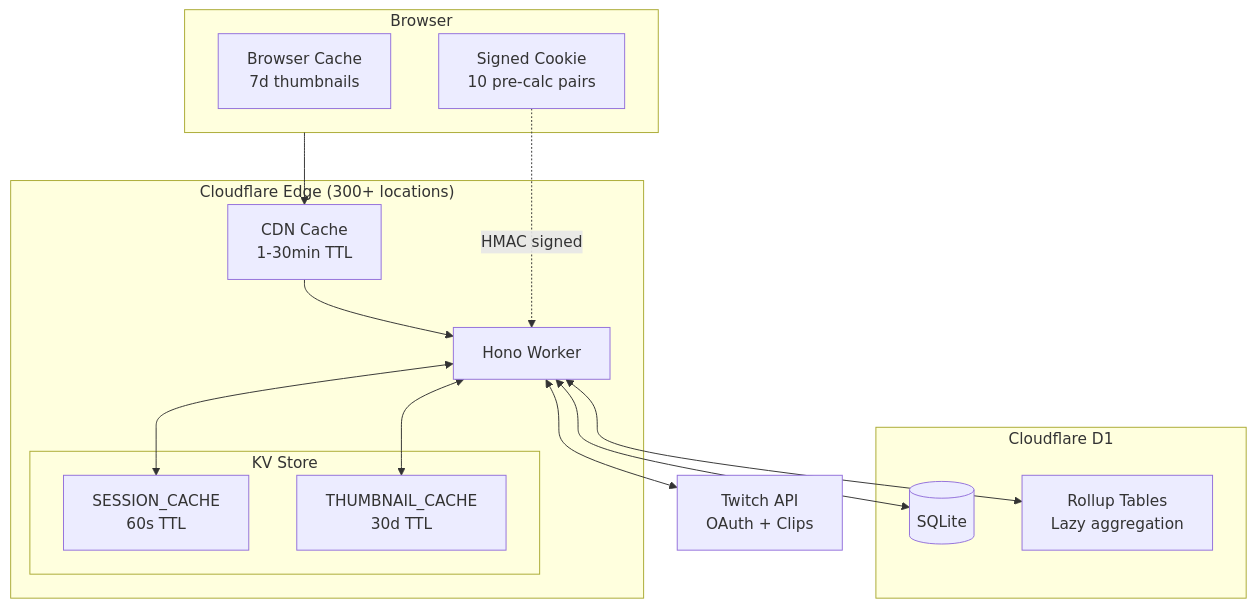
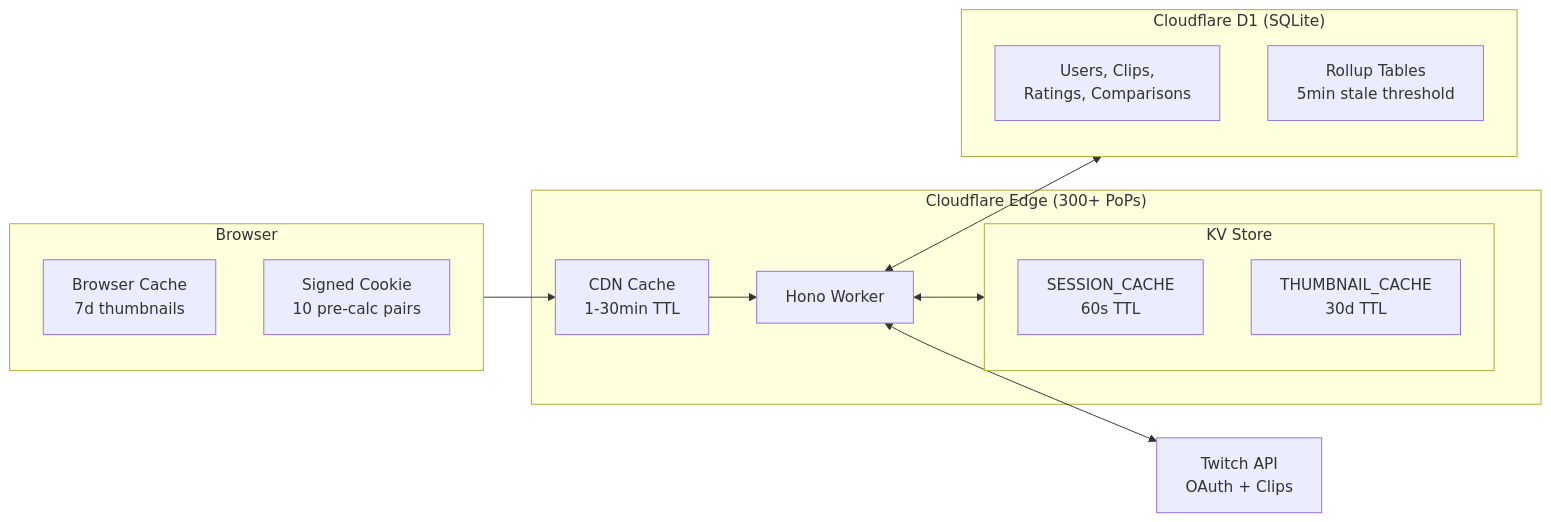
One commit to DigiBugCat/flipper-clippers changed the diagram in README.md. Above: the diagram before and after it, drawn with Mermaid.

Commit message:
Fix architecture diagram layout
- Switch to left-to-right flow for cleaner rendering
- Group D1 tables properly (rollups are inside SQLite, not separate)
- Position Twitch API correctly (connects to Worker, not DB)
- Simplify connection lines

🤖 Generated with [Claude Code](https://claude.com/claude-code)

````diff
--- a/README.md
+++ b/README.md
@@ -20,31 +20,28 @@
 ```mermaid
-flowchart TB
+flowchart LR
     subgraph Client["Browser"]
         BC["Browser Cache<br/>7d thumbnails"]
         Cookie["Signed Cookie<br/>10 pre-calc pairs"]
     end
 
-    subgraph Edge["Cloudflare Edge (300+ locations)"]
+    subgraph Edge["Cloudflare Edge (300+ PoPs)"]
         CDN["CDN Cache<br/>1-30min TTL"]
         Worker["Hono Worker"]
-
         subgraph KV["KV Store"]
             Sessions["SESSION_CACHE<br/>60s TTL"]
             Thumbs["THUMBNAIL_CACHE<br/>30d TTL"]
         end
     end
 
-    subgraph D1["Cloudflare D1"]
-        DB[(SQLite)]
-        Rollups["Rollup Tables<br/>Lazy aggregation"]
+    subgraph D1["Cloudflare D1 (SQLite)"]
+        Tables["Users, Clips,<br/>Ratings, Comparisons"]
+        Rollups["Rollup Tables<br/>5min stale threshold"]
     end
 
-    Client --> CDN
-    CDN --> Worker
-    Worker <--> Sessions
-    Worker <--> Thumbs
-    Worker <--> DB
-    Worker <--> Rollups
-    Worker <--> Twitch["Twitch API<br/>OAuth + Clips"]
-    Cookie -.->|"HMAC signed"| Worker
+    Twitch["Twitch API<br/>OAuth + Clips"]
+
+    Client --> CDN --> Worker
+    Worker <--> KV
+    Worker <--> D1
+    Worker <--> Twitch
 ```
````
